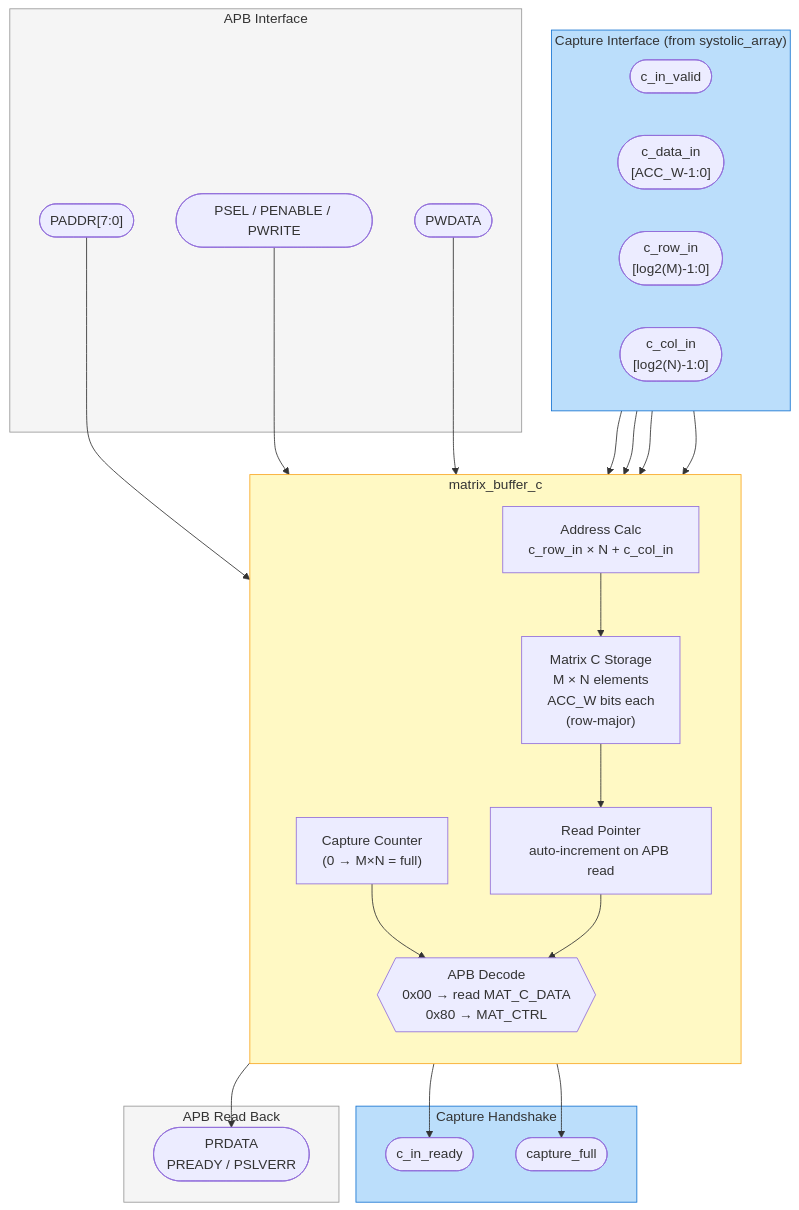
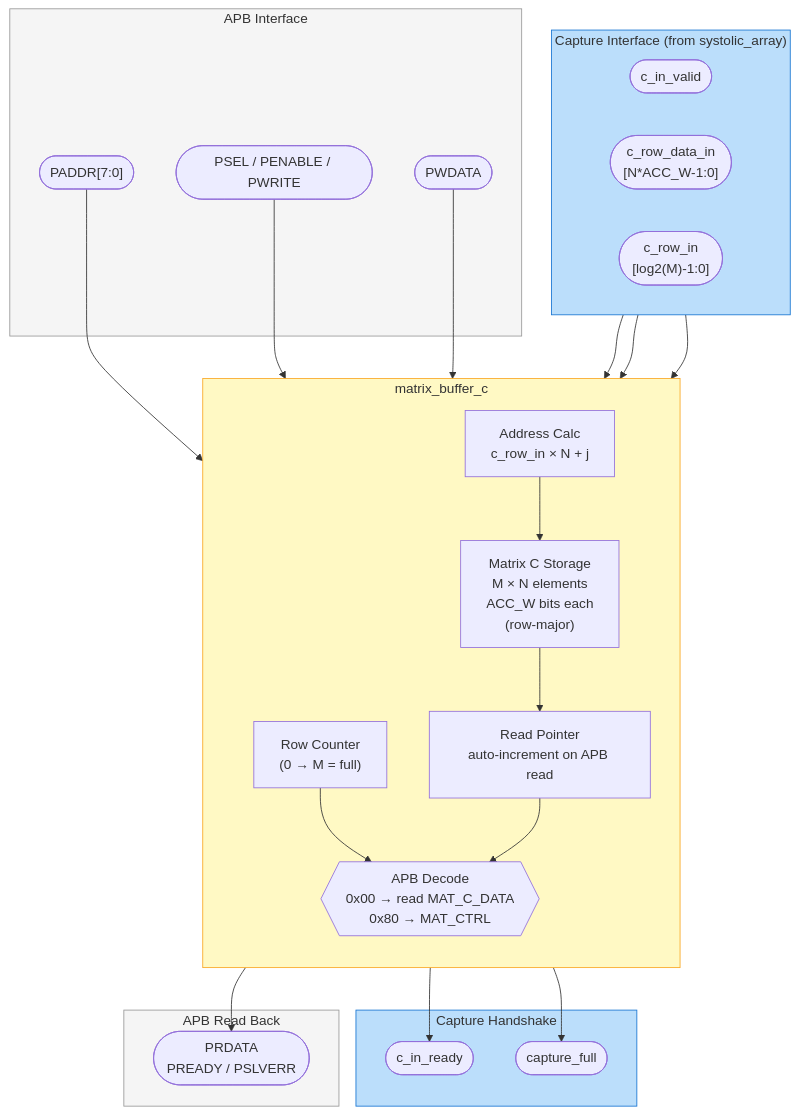
The diagram in docs/interface/matrix_buffer_c_if.md (lithegreat/systolic-array-AI-accelerator), drawn with Mermaid before and after one commit. The commit also changed other lines of this file and 3 other files, not shown here.

````diff
--- a/docs/interface/matrix_buffer_c_if.md
+++ b/docs/interface/matrix_buffer_c_if.md
@@ -11,57 +11,55 @@
 ```mermaid
 flowchart TB
    subgraph CAPTURE_IN["Capture Interface (from systolic_array)"]
       direction LR
       cv_i(["c_in_valid"])
-      cd_i(["c_data_in\n[ACC_W-1:0]"])
+      cd_i(["c_row_data_in\n[N*ACC_W-1:0]"])
       cr_i(["c_row_in\n[log2(M)-1:0]"])
-      cc_i(["c_col_in\n[log2(N)-1:0]"])
    end
 
    subgraph MC["matrix_buffer_c"]
       direction TB
-      addr_calc["Address Calc\nc_row_in × N + c_col_in"]
+      addr_calc["Address Calc\nc_row_in × N + j"]
       mem_c["Matrix C Storage\nM × N elements\nACC_W bits each\n(row-major)"]
-      cap_cnt["Capture Counter\n(0 → M×N = full)"]
+      cap_cnt["Row Counter\n(0 → M = full)"]
       rd_ptr["Read Pointer\nauto-increment on APB read"]
       decode_apb{{"APB Decode\n0x00 → read MAT_C_DATA\n0x80 → MAT_CTRL"}}
 
       addr_calc --> mem_c
       mem_c --> rd_ptr
       cap_cnt --> decode_apb
       rd_ptr --> decode_apb
    end
 
    subgraph CAPTURE_OUT["Capture Handshake"]
       cr_o(["c_in_ready"])
       cf_o(["capture_full"])
    end
 
    subgraph APB_IN["APB Interface"]
       pa_i(["PADDR[7:0]"])
       ps_i(["PSEL / PENABLE / PWRITE"])
       pw_i(["PWDATA"])
    end
 
    subgraph APB_OUT["APB Read Back"]
       pr_o(["PRDATA\nPREADY / PSLVERR"])
    end
 
    cv_i --> addr_calc
    cd_i --> mem_c
    cr_i --> addr_calc
-   cc_i --> addr_calc
    cap_cnt --> cr_o
    cap_cnt --> cf_o
 
    pa_i --> decode_apb
    ps_i --> decode_apb
    pw_i --> decode_apb
    decode_apb --> pr_o
 
    style MC fill:#fff9c4,stroke:#f9a825
    style CAPTURE_IN fill:#bbdefb,stroke:#1976d2
    style CAPTURE_OUT fill:#bbdefb,stroke:#1976d2
    style APB_IN fill:#f5f5f5,stroke:#999
    style APB_OUT fill:#f5f5f5,stroke:#999
 ```
````
